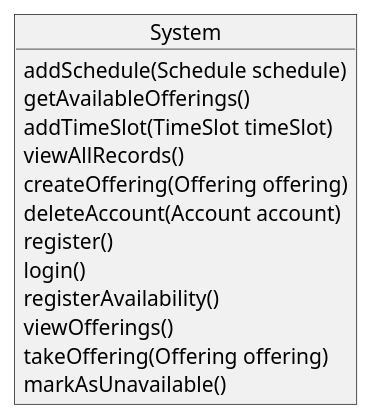
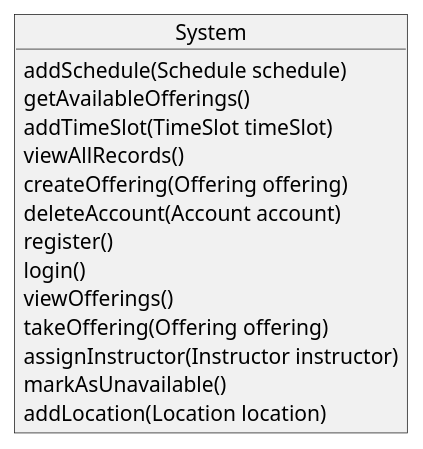
Before and after one commit to FrancoDominguez/SOEN342-project: the diagram in Documentation/SystemOperations.plantUML, drawn with PlantUML.

Commit message:
update to the operations

```diff
--- a/Documentation/SystemOperations.plantUML
+++ b/Documentation/SystemOperations.plantUML
@@ -1,23 +1,24 @@
 @startuml SystemOperations
 
 object System {
     addSchedule(Schedule schedule)
     getAvailableOfferings()
     addTimeSlot(TimeSlot timeSlot)
     viewAllRecords()
     createOffering(Offering offering)
     deleteAccount(Account account)
     register()
     login()
-    registerAvailability()
     viewOfferings()
     takeOffering(Offering offering)
+    assignInstructor(Instructor instructor)
     markAsUnavailable()
+    addLocation(Location location)
     'makeBooking(Offering offering)
     'viewBookings()
     'cancelBooking(Booking booking)
     'handleBooking(Offering offering)
     'cancel()
 }
 
 @enduml
```
